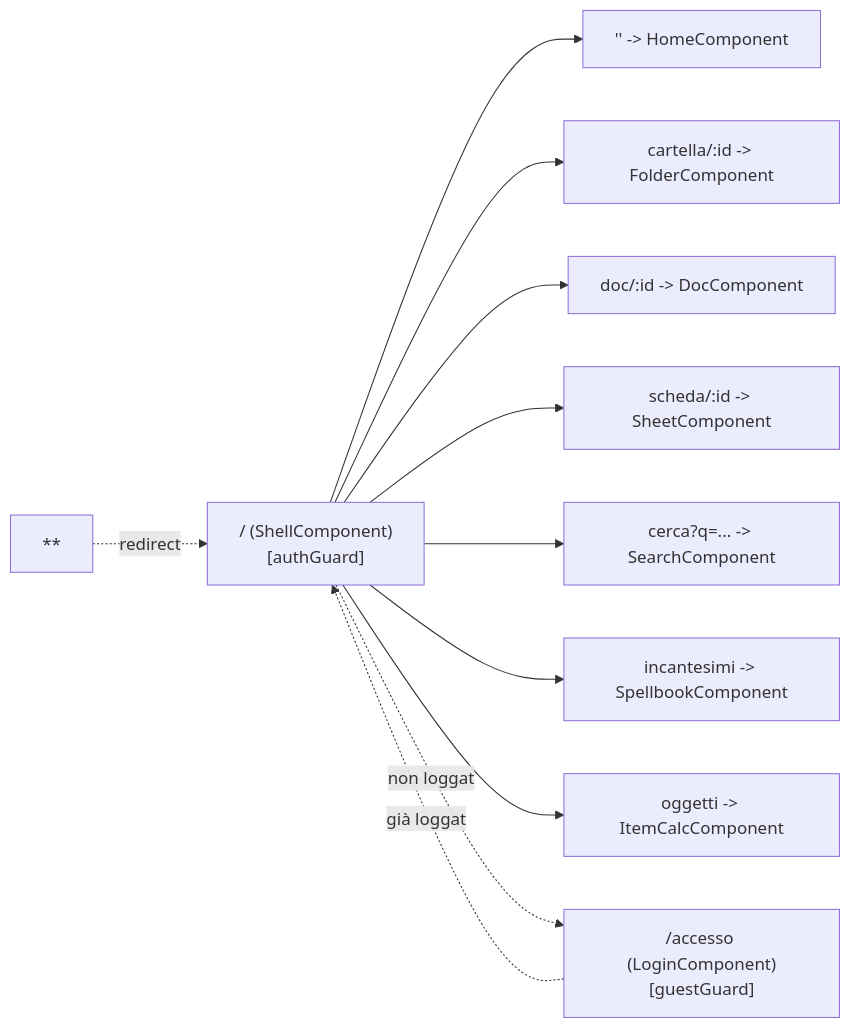
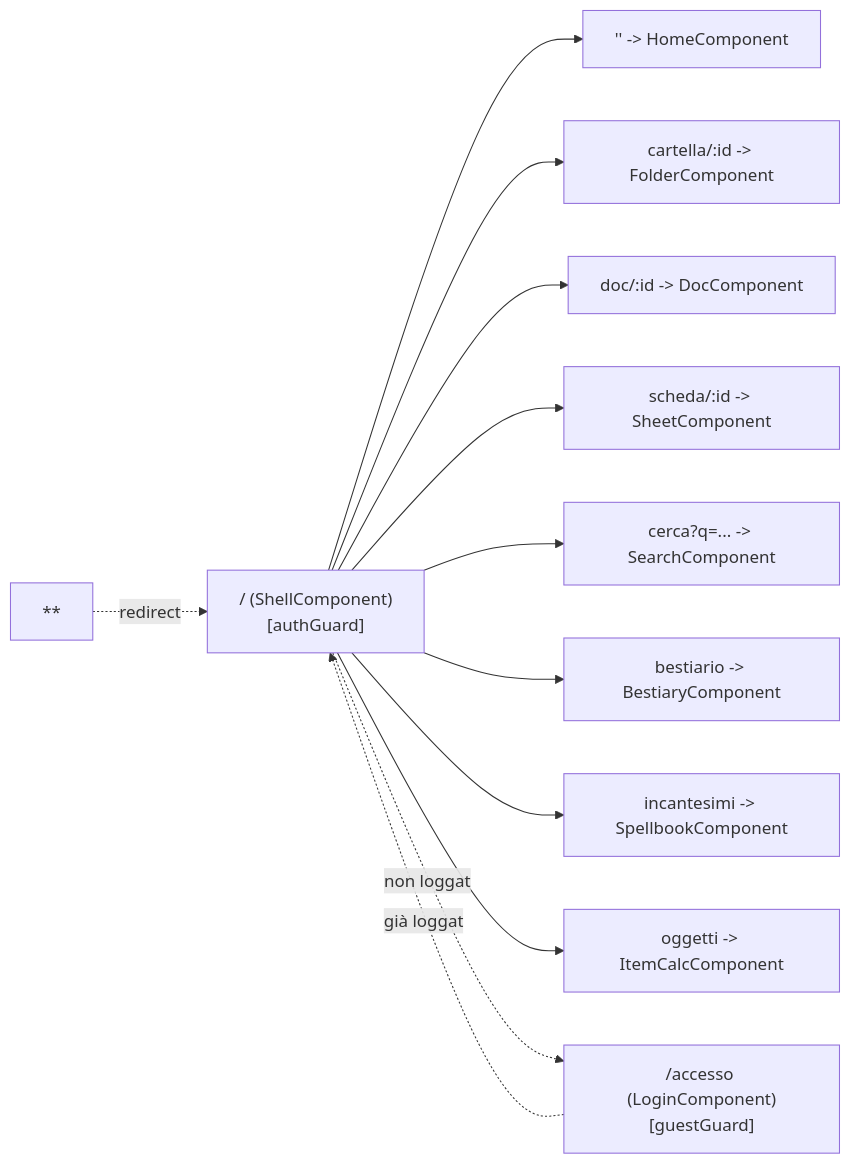
One commit to alfonsoambruosi/biblioteca-gdr changed the diagram in wiki/01 - Architettura/Routing, Layout e Auth.md. Above: the diagram before and after it, drawn with Mermaid. The commit also changed other lines of this file and 14 other files, not shown here.

````diff
--- a/wiki/01 - Architettura/Routing, Layout e Auth.md
+++ b/wiki/01 - Architettura/Routing, Layout e Auth.md
@@ -35,16 +37,17 @@
 ```mermaid
 flowchart LR
     ROOT["/ (ShellComponent)\n[authGuard]"]
     ACC["/accesso (LoginComponent)\n[guestGuard]"]
 
     ROOT --> H["'' -> HomeComponent"]
     ROOT --> F["cartella/:id -> FolderComponent"]
     ROOT --> D["doc/:id -> DocComponent"]
     ROOT --> S["scheda/:id -> SheetComponent"]
     ROOT --> C["cerca?q=... -> SearchComponent"]
+    ROOT --> B["bestiario -> BestiaryComponent"]
     ROOT --> I["incantesimi -> SpellbookComponent"]
     ROOT --> O["oggetti -> ItemCalcComponent"]
     WILDCARD["**"] -.redirect.-> ROOT
     ROOT -.non loggato.-> ACC
     ACC -.già loggato.-> ROOT
 ```
````
